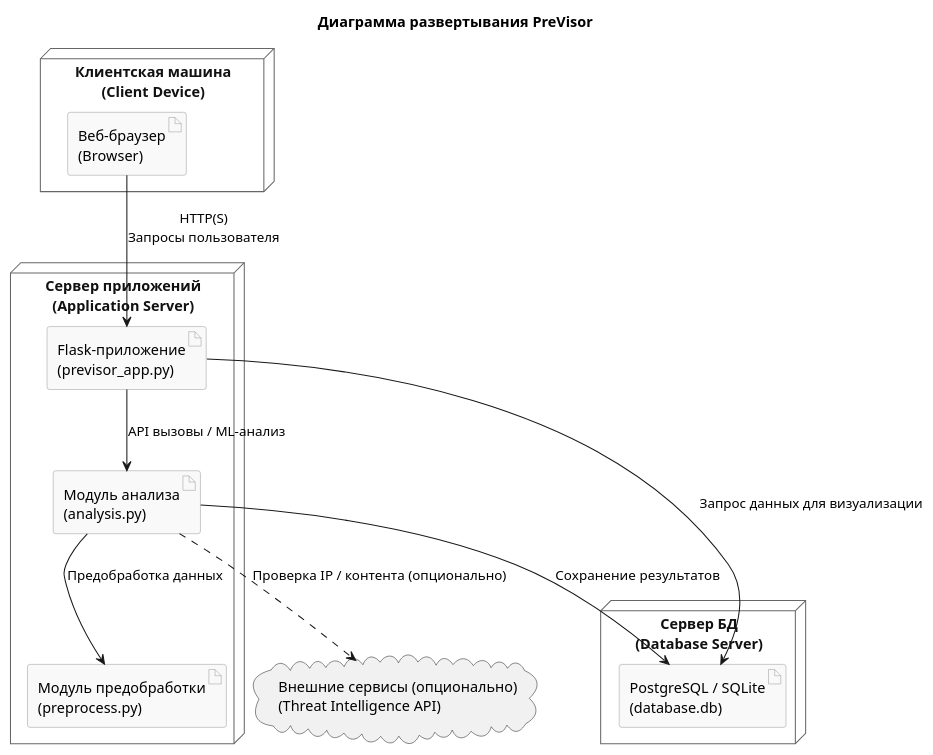
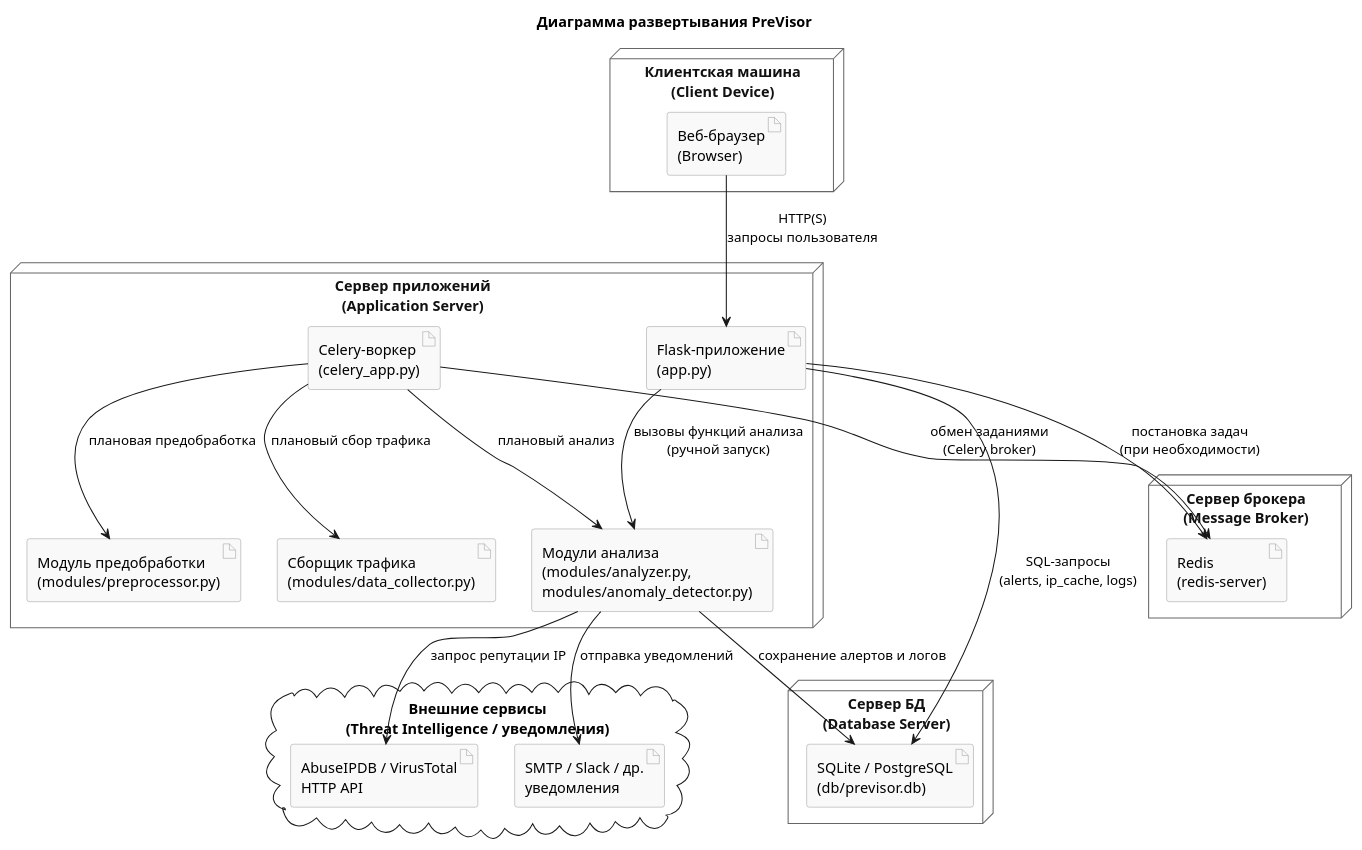
The diagram in static/previsor_deployment_diagram.puml (k00000tek/previsor), drawn with PlantUML before and after one commit. The commit also changed 38 other files, not shown here.

```diff
--- a/static/previsor_deployment_diagram.puml
+++ b/static/previsor_deployment_diagram.puml
@@ -1,40 +1,57 @@
 @startuml
 title Диаграмма развертывания PreVisor
 
 skinparam node {
   BackgroundColor White
   BorderColor #666
   FontColor #111
 }
 
 skinparam artifact {
   BackgroundColor #F9F9F9
   BorderColor #999
 }
 
 ' === Узлы ===
 node "Клиентская машина\n(Client Device)" as Client {
     artifact "Веб-браузер\n(Browser)" as Browser
 }
 
-node "Сервер приложений\n(Application Server)" as Server {
-    artifact "Flask-приложение\n(previsor_app.py)" as Flask
-    artifact "Модуль анализа\n(analysis.py)" as Analyzer
-    artifact "Модуль предобработки\n(preprocess.py)" as Preproc
+node "Сервер приложений\n(Application Server)" as AppServer {
+    artifact "Flask-приложение\n(app.py)" as FlaskApp
+    artifact "Модули анализа\n(modules/analyzer.py,\nmodules/anomaly_detector.py)" as AnalyzerMods
+    artifact "Модуль предобработки\n(modules/preprocessor.py)" as PreprocMod
+    artifact "Сборщик трафика\n(modules/data_collector.py)" as CollectorMod
+    artifact "Celery-воркер\n(celery_app.py)" as CeleryApp
 }
 
 node "Сервер БД\n(Database Server)" as DBServer {
-    artifact "PostgreSQL / SQLite\n(database.db)" as DB
+    artifact "SQLite / PostgreSQL\n(db/previsor.db)" as DB
 }
 
-cloud "Внешние сервисы (опционально)\n(Threat Intelligence API)" as Cloud
+node "Сервер брокера\n(Message Broker)" as Broker {
+    artifact "Redis\n(redis-server)" as Redis
+}
+
+cloud "Внешние сервисы\n(Threat Intelligence / уведомления)" as Cloud {
+    artifact "AbuseIPDB / VirusTotal\nHTTP API" as TI
+    artifact "SMTP / Slack / др.\nуведомления" as Notif
+}
 
 ' === Связи ===
-Browser --> Flask : HTTP(S)\nЗапросы пользователя
-Flask --> Analyzer : API вызовы / ML-анализ
-Analyzer --> Preproc : Предобработка данных
-Analyzer --> DB : Сохранение результатов
-Flask --> DB : Запрос данных для визуализации
-Analyzer .-> Cloud : Проверка IP / контента (опционально)
+Browser --> FlaskApp : HTTP(S)\nзапросы пользователя
+FlaskApp --> DB : SQL-запросы\n(alerts, ip_cache, logs)
+FlaskApp --> AnalyzerMods : вызовы функций анализа\n(ручной запуск)
+
+CeleryApp --> CollectorMod : плановый сбор трафика
+CeleryApp --> PreprocMod : плановая предобработка
+CeleryApp --> AnalyzerMods : плановый анализ
+
+AnalyzerMods --> DB : сохранение алертов и логов
+AnalyzerMods --> TI : запрос репутации IP
+AnalyzerMods --> Notif : отправка уведомлений
+
+CeleryApp --> Redis : обмен заданиями\n(Celery broker)
+FlaskApp --> Redis : постановка задач\n(при необходимости)
 
 @enduml
```
